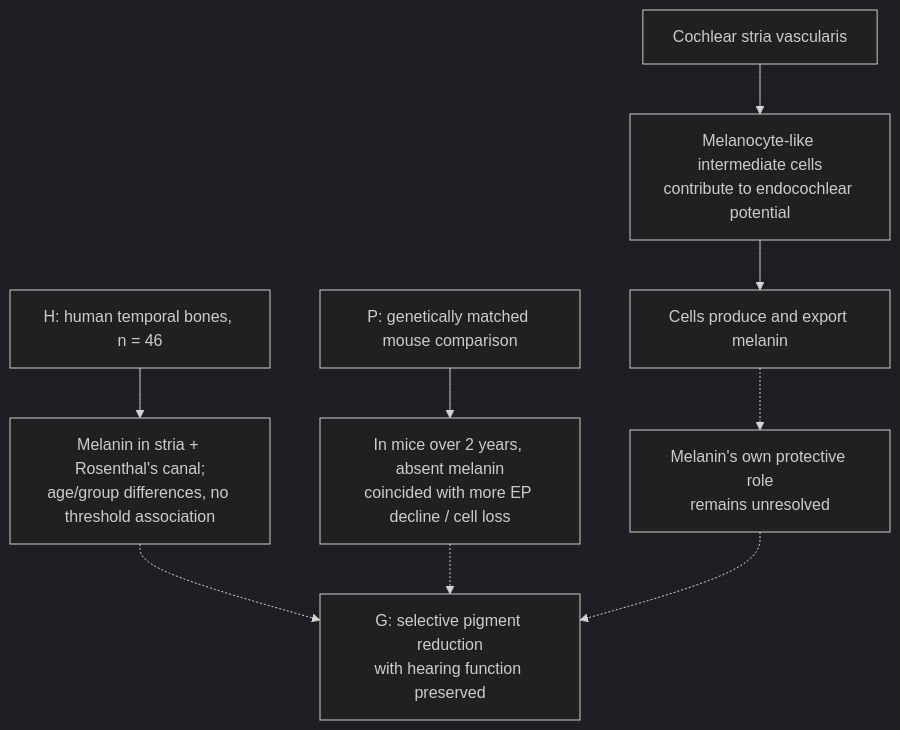
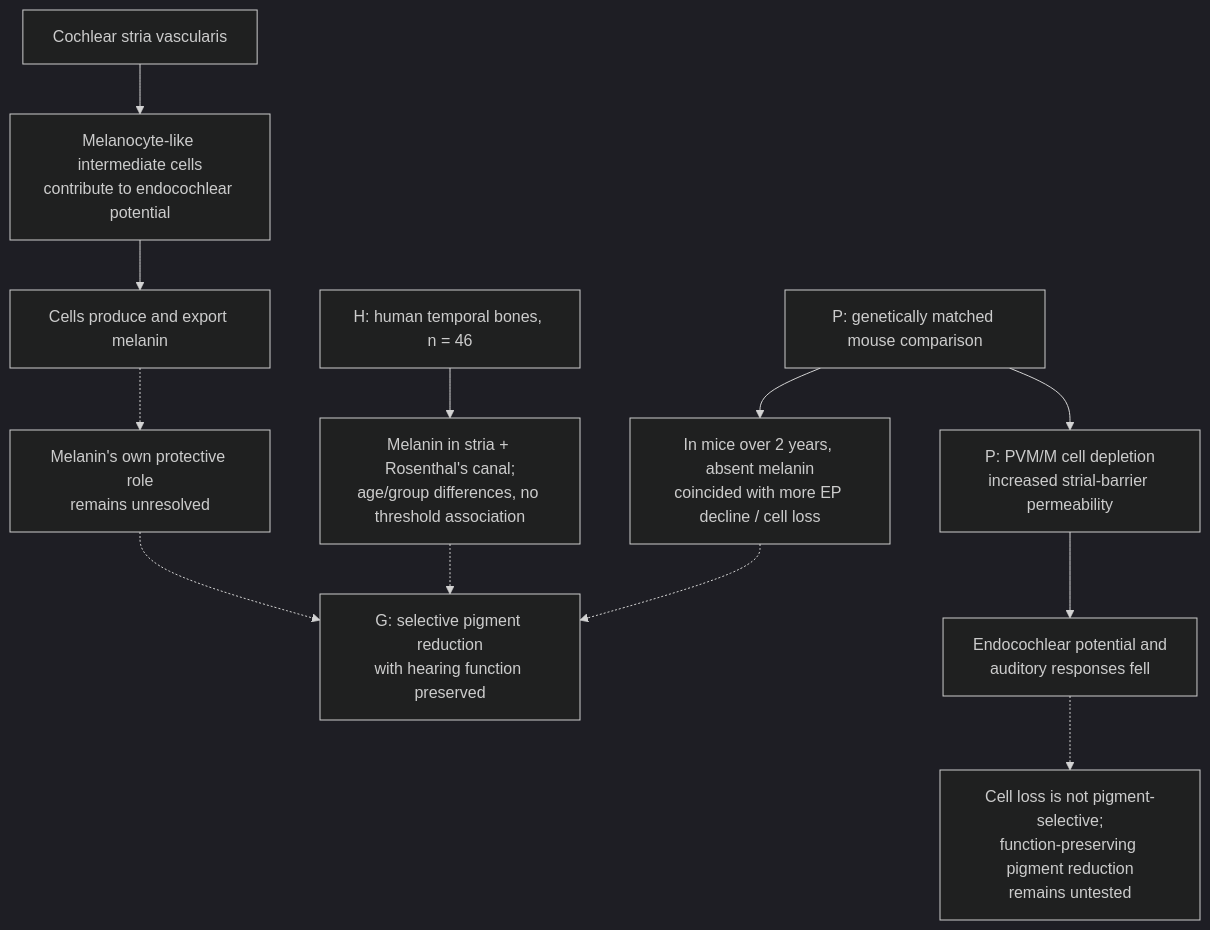
Before and after one commit to dylanstechmann/iris-color-without-contacts: diagram 34 of 41 in research/tissue-pigment-atlas.md, drawn with Mermaid (dark theme). The commit also changed other lines of this file, not shown here.

Commit message:
Add cochlear melanocyte barrier function evidence

````diff
--- a/research/tissue-pigment-atlas.md
+++ b/research/tissue-pigment-atlas.md
@@ -912,11 +912,14 @@
 ```mermaid
 flowchart TD
     S["Cochlear stria vascularis"] --> I["Melanocyte-like intermediate cells<br/>contribute to endocochlear potential"]
     I --> M["Cells produce and export melanin"]
     H["H: human temporal bones, n = 46"] --> HD["Melanin in stria + Rosenthal's canal;<br/>age/group differences, no threshold association"]
     P["P: genetically matched mouse comparison"] --> PD["In mice over 2 years, absent melanin<br/>coincided with more EP decline / cell loss"]
+    P --> B["P: PVM/M cell depletion<br/>increased strial-barrier permeability"]
+    B --> F["Endocochlear potential and<br/>auditory responses fell"]
+    F -.-> X["Cell loss is not pigment-selective;<br/>function-preserving pigment reduction<br/>remains untested"]
     M -.-> R["Melanin's own protective role<br/>remains unresolved"]
     HD -.-> G["G: selective pigment reduction<br/>with hearing function preserved"]
     PD -.-> G
     R -.-> G
 ```
````
